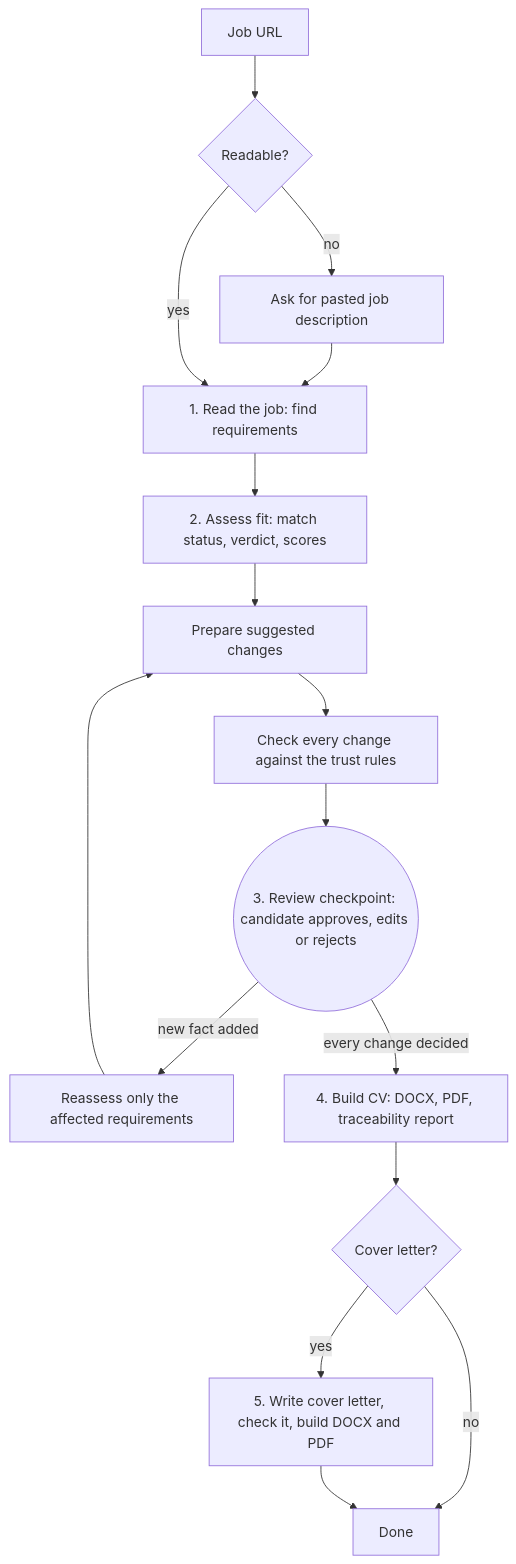
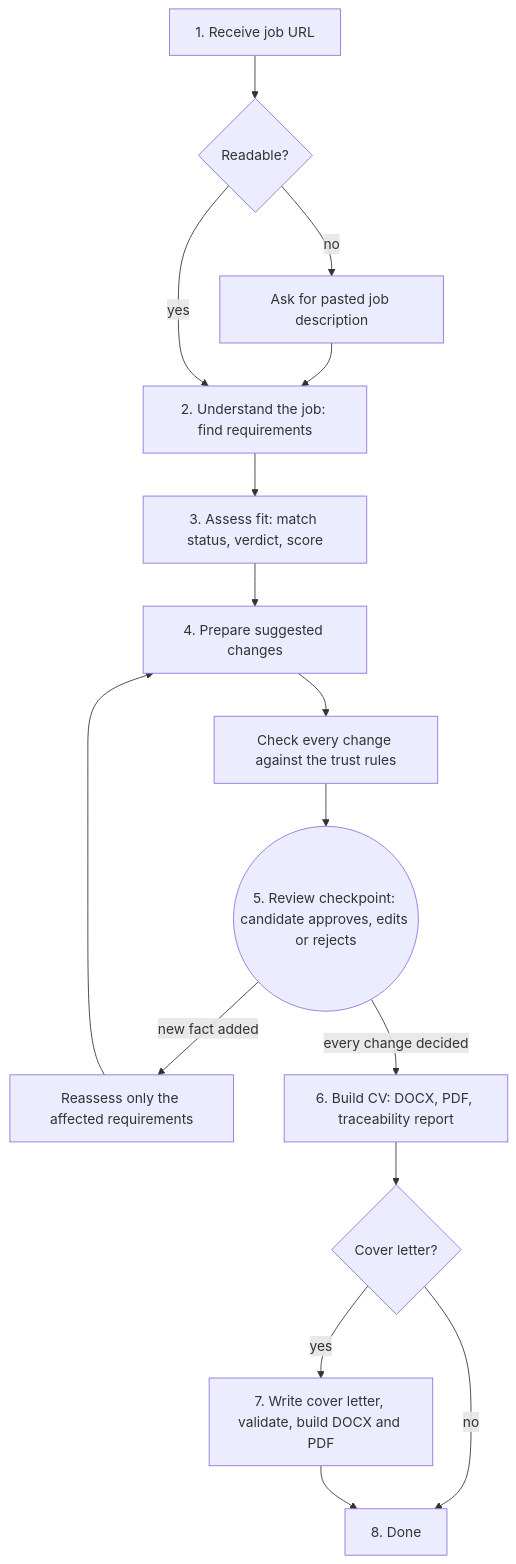
Before and after one commit to praveenggowda/litty: the diagram in docs/workflow.md, drawn with Mermaid. The commit also changed other lines of this file and 5 other files, not shown here.

Commit message:
Refine architecture, data model, decisions, workflow and evaluation docs

````diff
--- a/docs/workflow.md
+++ b/docs/workflow.md
@@ -9,18 +38,18 @@
 ```mermaid
 flowchart TD
-    A[Job URL] --> B{Readable?}
+    A[1. Receive job URL] --> B{Readable?}
     B -- no --> C[Ask for pasted job description]
     C --> D
-    B -- yes --> D[1. Read the job: find requirements]
-    D --> E[2. Assess fit: match status, verdict, scores]
-    E --> F[Prepare suggested changes]
+    B -- yes --> D[2. Understand the job: find requirements]
+    D --> E[3. Assess fit: match status, verdict, score]
+    E --> F[4. Prepare suggested changes]
     F --> G[Check every change against the trust rules]
-    G --> H((3. Review checkpoint: candidate approves, edits or rejects))
+    G --> H((5. Review checkpoint: candidate approves, edits or rejects))
     H -- new fact added --> I[Reassess only the affected requirements]
     I --> F
-    H -- every change decided --> J[4. Build CV: DOCX, PDF, traceability report]
+    H -- every change decided --> J[6. Build CV: DOCX, PDF, traceability report]
     J --> K{Cover letter?}
-    K -- no --> L[Done]
-    K -- yes --> M[5. Write cover letter, check it, build DOCX and PDF]
+    K -- no --> L[8. Done]
+    K -- yes --> M[7. Write cover letter, validate, build DOCX and PDF]
     M --> L
 ```
````
